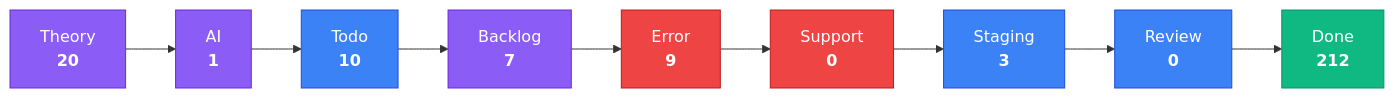
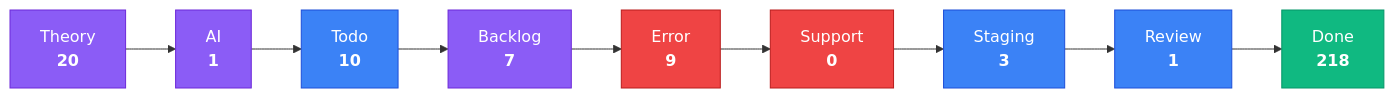
Before and after one commit to KBVE/kbve: the third of 4 diagrams in apps/kbve/astro-kbve/src/content/docs/dashboard/kanban-data.mdx, drawn with Mermaid. The commit also changed other lines of this file and 8 other files, not shown here.

````diff
--- a/apps/kbve/astro-kbve/src/content/docs/dashboard/kanban-data.mdx
+++ b/apps/kbve/astro-kbve/src/content/docs/dashboard/kanban-data.mdx
@@ -79,28 +80,28 @@
 ```mermaid
 flowchart LR
     classDef planning fill:#8b5cf6,stroke:#6d28d9,color:#fff
     classDef active fill:#3b82f6,stroke:#1d4ed8,color:#fff
     classDef blocked fill:#ef4444,stroke:#b91c1c,color:#fff
     classDef done fill:#10b981,stroke:#059669,color:#fff
     Theory["Theory<br/><strong>20</strong>"]
     Theory --> AI
     AI["AI<br/><strong>1</strong>"]
     AI --> Todo
     Todo["Todo<br/><strong>10</strong>"]
     Todo --> Backlog
     Backlog["Backlog<br/><strong>7</strong>"]
     Backlog --> Error
     Error["Error<br/><strong>9</strong>"]
     Error --> Support
     Support["Support<br/><strong>0</strong>"]
     Support --> Staging
     Staging["Staging<br/><strong>3</strong>"]
     Staging --> Review
-    Review["Review<br/><strong>0</strong>"]
+    Review["Review<br/><strong>1</strong>"]
     Review --> Done
-    Done["Done<br/><strong>212</strong>"]
+    Done["Done<br/><strong>218</strong>"]
     class Theory,AI,Backlog planning
     class Todo,Staging,Review active
     class Error,Support blocked
     class Done done
 ```
````
